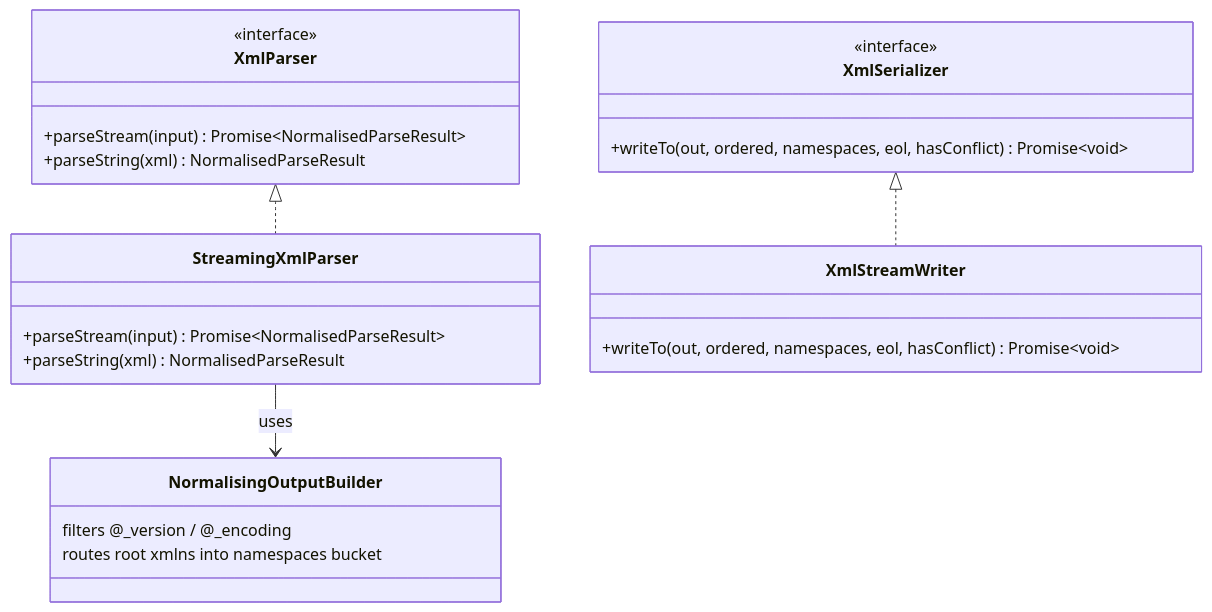
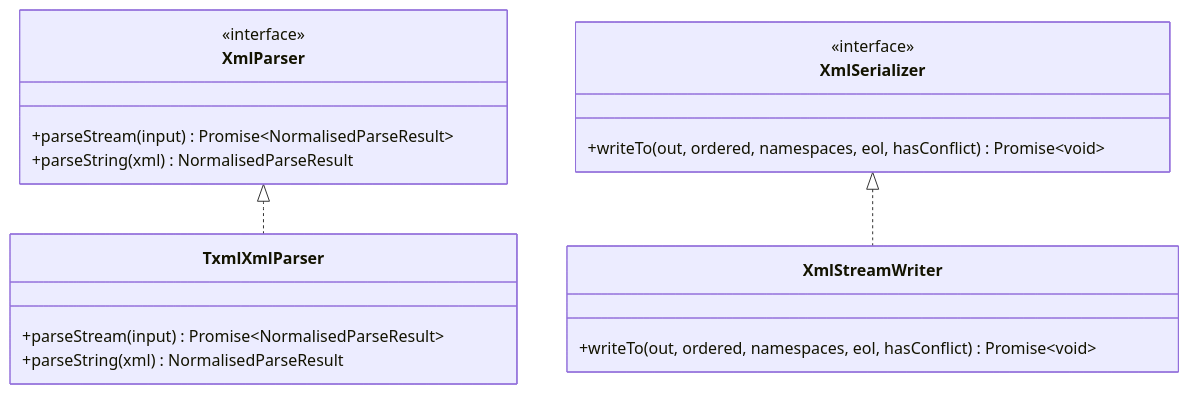
The fourth of 8 diagrams in DESIGN.md (scolladon/sf-git-merge-driver), drawn with Mermaid before and after one commit. The commit also changed other lines of this file and 14 other files, not shown here.

````diff
--- a/DESIGN.md
+++ b/DESIGN.md
@@ -163,31 +163,25 @@
 ```mermaid
 classDiagram
     class XmlParser {
         <<interface>>
         +parseStream(input) Promise~NormalisedParseResult~
         +parseString(xml) NormalisedParseResult
     }
 
     class XmlSerializer {
         <<interface>>
         +writeTo(out, ordered, namespaces, eol, hasConflict) Promise~void~
     }
 
-    class StreamingXmlParser {
+    class TxmlXmlParser {
         +parseStream(input) Promise~NormalisedParseResult~
         +parseString(xml) NormalisedParseResult
-    }
-
-    class NormalisingOutputBuilder {
-        filters @_version / @_encoding
-        routes root xmlns into namespaces bucket
     }
 
     class XmlStreamWriter {
         +writeTo(out, ordered, namespaces, eol, hasConflict) Promise~void~
     }
 
-    XmlParser <|.. StreamingXmlParser
+    XmlParser <|.. TxmlXmlParser
     XmlSerializer <|.. XmlStreamWriter
-    StreamingXmlParser --> NormalisingOutputBuilder : uses
 ```
````
